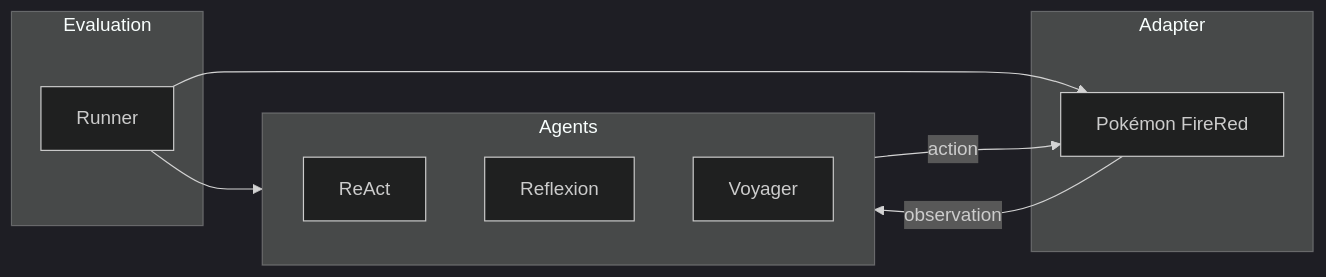
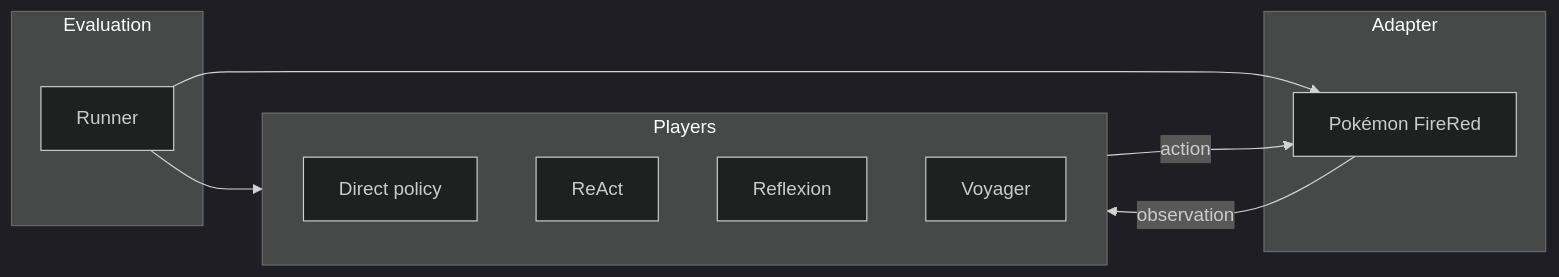
The diagram in README.md (aryamantepal/porygon), drawn with Mermaid (dark theme) before and after one commit. The commit also changed other lines of this file and 1 other file, not shown here.

````diff
--- a/README.md
+++ b/README.md
@@ -11,21 +11,22 @@
 ```mermaid
 flowchart LR
-  subgraph agents [Agents]
+  subgraph agents [Players]
+    Direct[Direct policy]
     React[ReAct]
     Reflexion[Reflexion]
     Voyager[Voyager]
   end
 
   subgraph eval [Evaluation]
     Runner[Runner]
   end
 
   subgraph envs [Adapter]
     Pokemon[Pokémon FireRed]
   end
 
   Runner --> agents
   Runner --> Pokemon
   agents -->|action| Pokemon
   Pokemon -->|observation| agents
 ```
````
